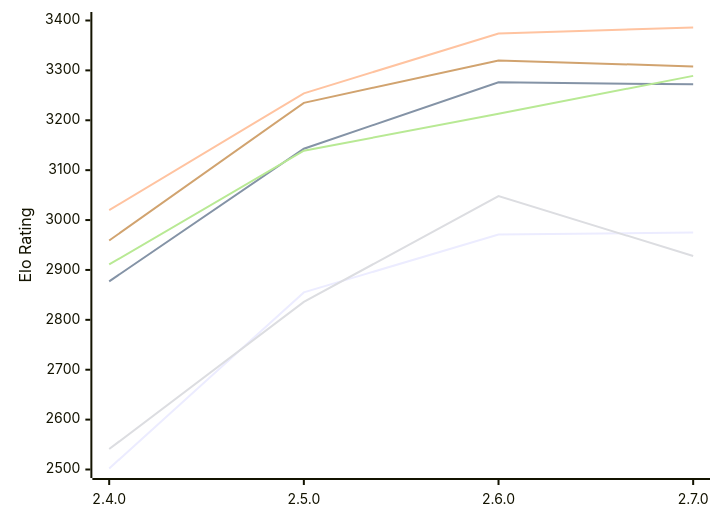
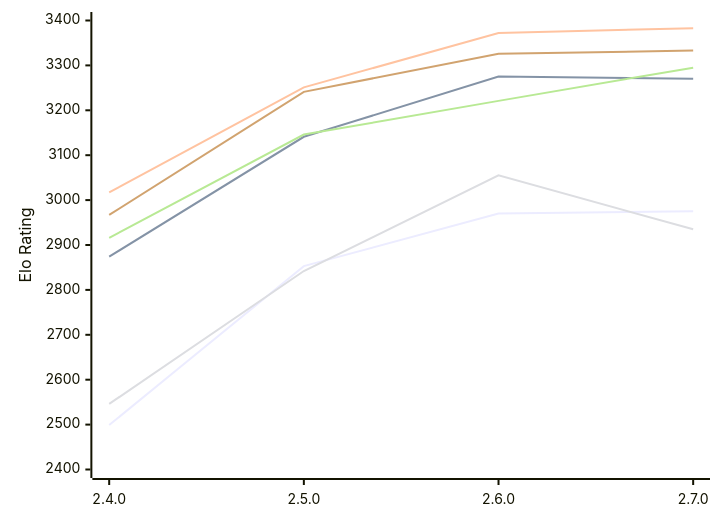
Before and after one commit to computer-chess-index/cci: the diagram in engines/Rarog.md, drawn with Mermaid. The commit also changed other lines of this file, not shown here.

Commit message:
Update CCI Ratings (ELO VLTC) - 2026-11-23

````diff
--- a/engines/Rarog.md
+++ b/engines/Rarog.md
@@ -53,12 +53,12 @@
 ```mermaid
 %%{init: {"theme":"base","themeVariables":{"seriesColors:['#a3a3a3','#222221','#faa371']}}}%%
 xychart-beta
   x-axis ["2.4.0", "2.5.0", "2.6.0", "2.7.0"]
-  y-axis "Elo Rating" 2500 --> 3400
-  line "E1: STC (8.0+0.08s)" [2502, 2855, 2971, 2975]
-  line "E1: LTC (60.0+0.60s)" [2877, 3143, 3276, 3272]
-  line "E1: VLTC (2m24s+1.12s)" [3020, 3254, 3374, 3386]
-  line "P1: STC (8.0+0.08s)" [2541, 2836, 3048, 2928]
-  line "P1: LTC (60.0+0.60s)" [2911, 3139, 3213, 3289]
-  line "P1: VLTC (2m24s+1.12s)" [2959, 3235, 3320, 3308]
+  y-axis "Elo Rating" 2400 --> 3400
+  line "E1: STC (8.0+0.08s)" [2499, 2853, 2970, 2975]
+  line "E1: LTC (60.0+0.60s)" [2874, 3141, 3275, 3270]
+  line "E1: VLTC (2m24s+1.12s)" [3017, 3251, 3372, 3383]
+  line "P1: STC (8.0+0.08s)" [2546, 2842, 3055, 2935]
+  line "P1: LTC (60.0+0.60s)" [2916, 3146, 3221, 3295]
+  line "P1: VLTC (2m24s+1.12s)" [2967, 3241, 3326, 3333]
 ```
````
